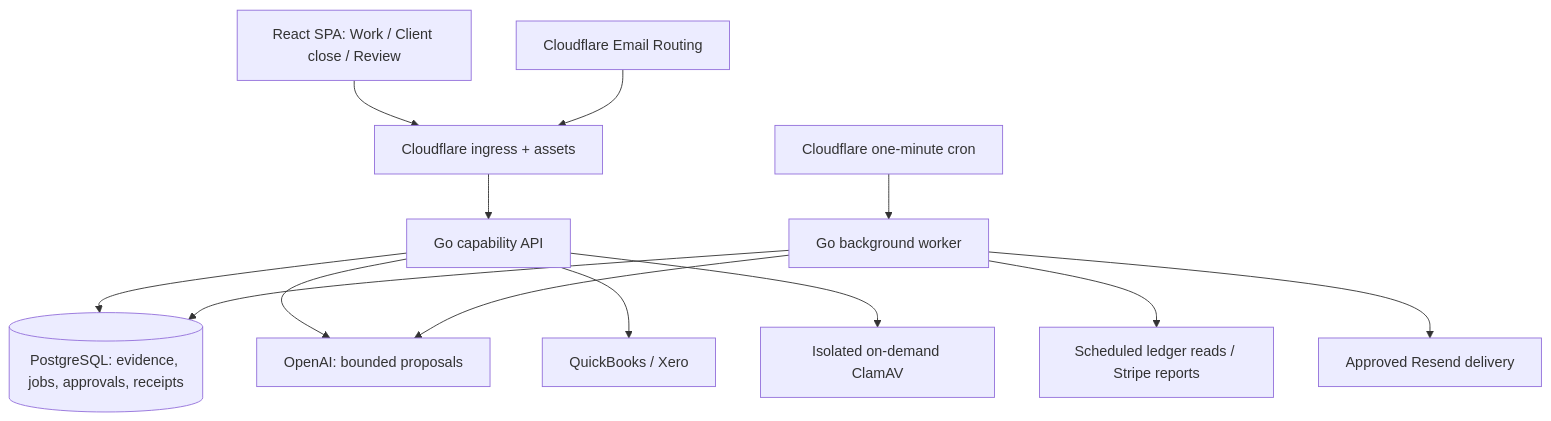
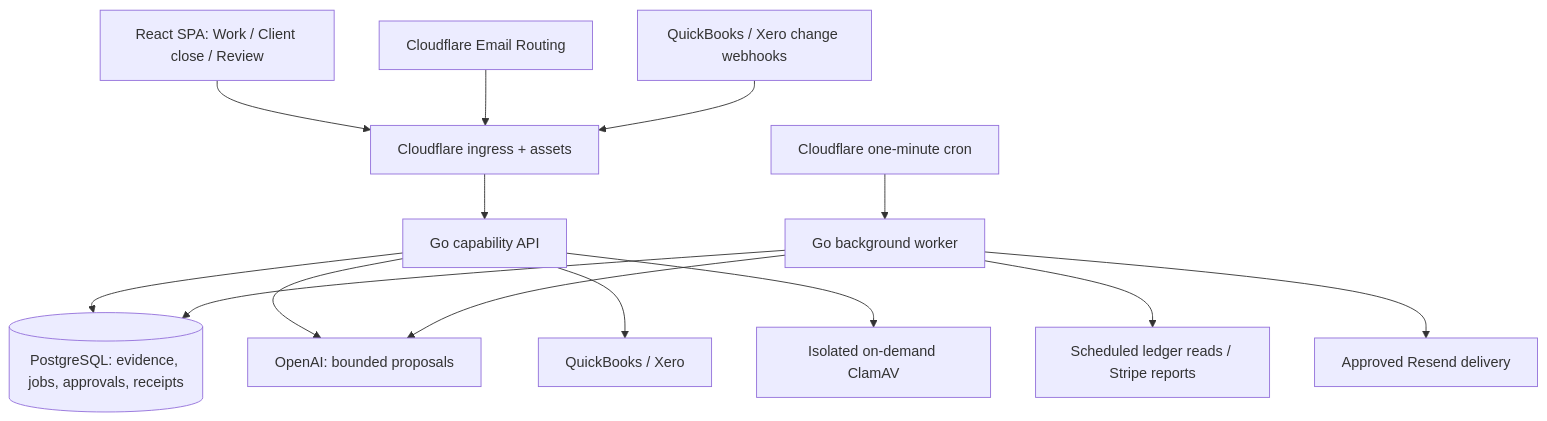
The diagram in docs/architecture.md (pbse/accounting), drawn with Mermaid before and after one commit. The commit also changed other lines of this file and 10 other files, not shown here.

````diff
--- a/docs/architecture.md
+++ b/docs/architecture.md
@@ -5,15 +5,16 @@
 ```mermaid
 flowchart TD
   UI[React SPA: Work / Client close / Review] --> Edge[Cloudflare ingress + assets]
   Edge --> API[Go capability API]
   API --> DB[(PostgreSQL: evidence, jobs, approvals, receipts)]
   Cron[Cloudflare one-minute cron] --> Worker[Go background worker]
   Worker --> DB
   API --> Models[OpenAI: bounded proposals]
   Worker --> Models
   API --> Ledgers[QuickBooks / Xero]
   Worker --> Reads[Scheduled ledger reads / Stripe reports]
   Worker --> Mail[Approved Resend delivery]
   Email[Cloudflare Email Routing] --> Edge
+  Hooks[QuickBooks / Xero change webhooks] --> Edge
   API --> Scanner[Isolated on-demand ClamAV]
 ```
````
